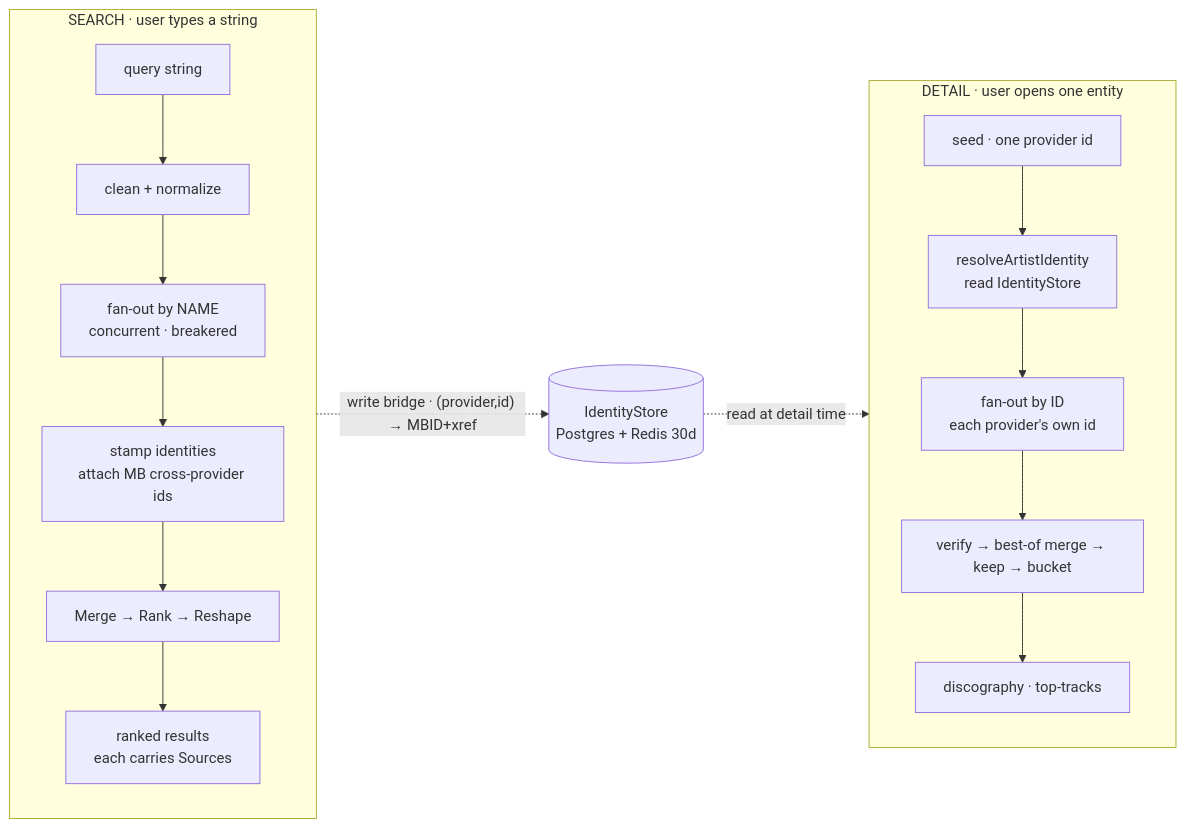
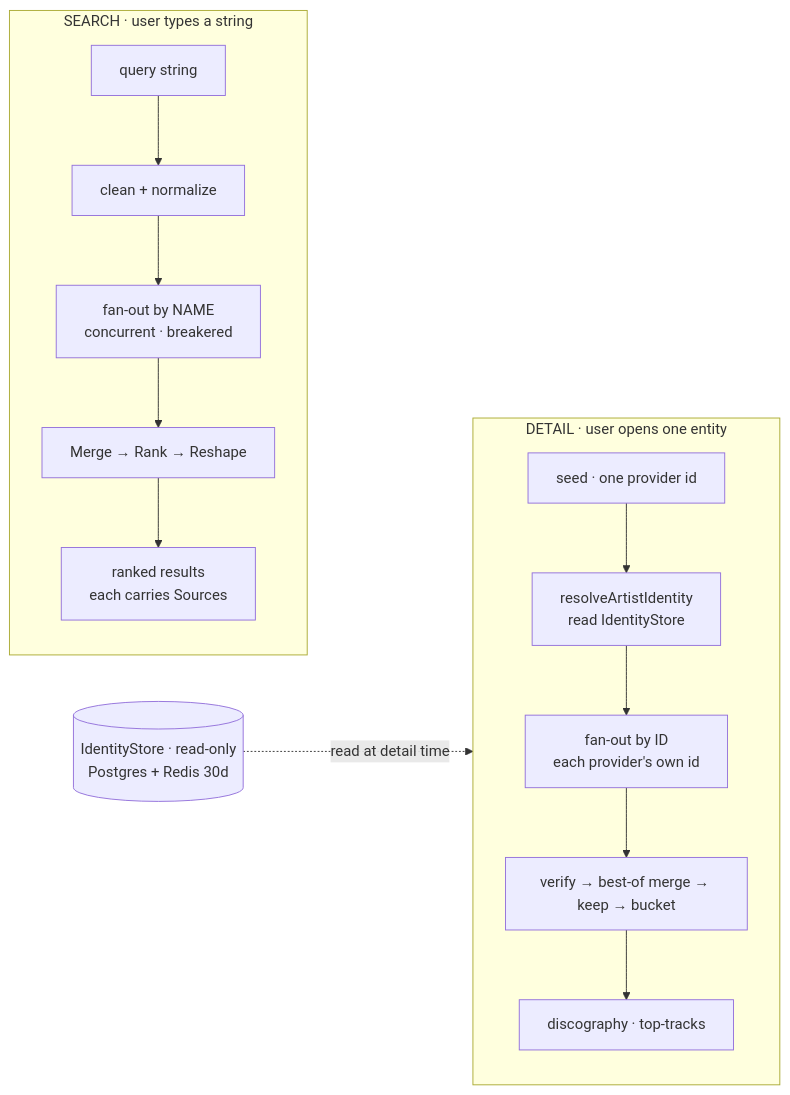
The first of 6 diagrams in services/go-api/internal/discovery/ARCHITECTURE.md (aleburrascano/altune), drawn with Mermaid before and after one commit. The commit also changed other lines of this file and 53 other files, not shown here.

First line of the commit message:
refactor(discovery): delete the dead MBID path: merge's MBID and bridge tiers, the identity stamper and its verifier, the ambiguous-name gate; go-api baseline 1130 → 1109

````diff
--- a/services/go-api/internal/discovery/ARCHITECTURE.md
+++ b/services/go-api/internal/discovery/ARCHITECTURE.md
@@ -34,20 +37,18 @@
 ```mermaid
 flowchart LR
     subgraph SEARCH["SEARCH · user types a string"]
         direction TB
         Q["query string"] --> CL["clean + normalize"]
         CL --> FO["fan-out by NAME<br/>concurrent · breakered"]
-        FO --> ST["stamp identities<br/>attach MB cross-provider ids"]
-        ST --> MG["Merge → Rank → Reshape"]
+        FO --> MG["Merge → Rank → Reshape"]
         MG --> SR["ranked results<br/>each carries Sources"]
     end
     subgraph DETAIL["DETAIL · user opens one entity"]
         direction TB
         TAP["seed · one provider id"] --> RID["resolveArtistIdentity<br/>read IdentityStore"]
         RID --> FID["fan-out by ID<br/>each provider's own id"]
         FID --> V2["verify → best-of merge → keep → bucket"]
         V2 --> DR["discography · top-tracks"]
     end
-    ST -. "write bridge · (provider,id) → MBID+xref" .-> IDS[("IdentityStore<br/>Postgres + Redis 30d")]
-    IDS -. "read at detail time" .-> RID
+    IDS[("IdentityStore · read-only<br/>Postgres + Redis 30d")] -. "read at detail time" .-> RID
 ```
````
